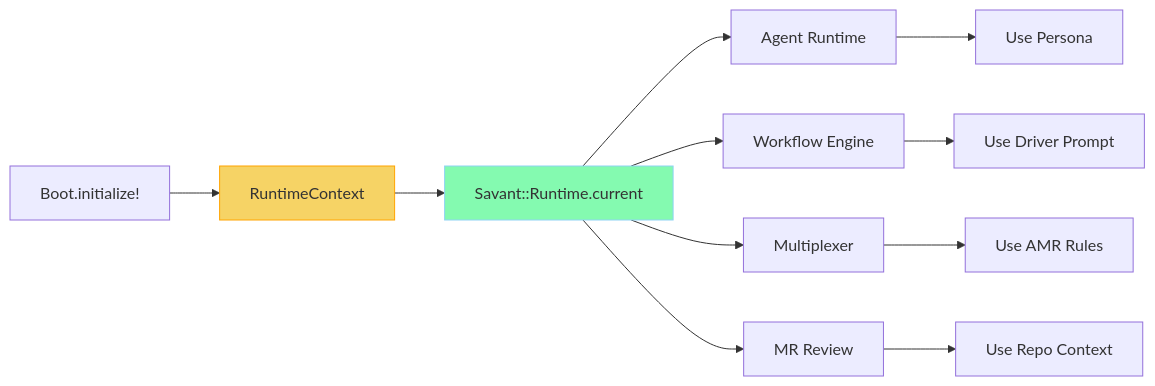
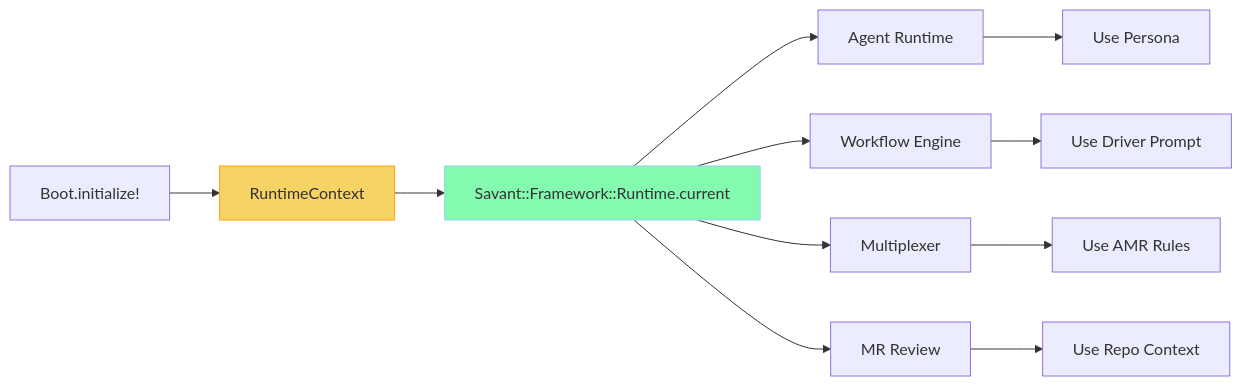
One commit to ashabbir/savant changed the second of 3 diagrams in memory_bank/engine_boot.md. Above: the diagram before and after it, drawn with Mermaid. The commit also changed other lines of this file and 9 other files, not shown here.

````diff
--- a/memory_bank/engine_boot.md
+++ b/memory_bank/engine_boot.md
@@ -390,18 +390,18 @@
 ```mermaid
 flowchart LR
     BOOT[Boot.initialize!] --> CONTEXT[RuntimeContext]
-    CONTEXT --> GLOBAL[Savant::Runtime.current]
+    CONTEXT --> GLOBAL[Savant::Framework::Runtime.current]
 
     GLOBAL --> AGENT[Agent Runtime]
     GLOBAL --> WORKFLOW[Workflow Engine]
     GLOBAL --> MUX[Multiplexer]
     GLOBAL --> REVIEW[MR Review]
 
     AGENT --> PERSONA[Use Persona]
     WORKFLOW --> DRIVER[Use Driver Prompt]
     REVIEW --> REPO[Use Repo Context]
     MUX --> AMR[Use AMR Rules]
 
     style CONTEXT fill:#f6d365,stroke:#ffa400
     style GLOBAL fill:#84fab0,stroke:#8fd3f4
 ```
````
